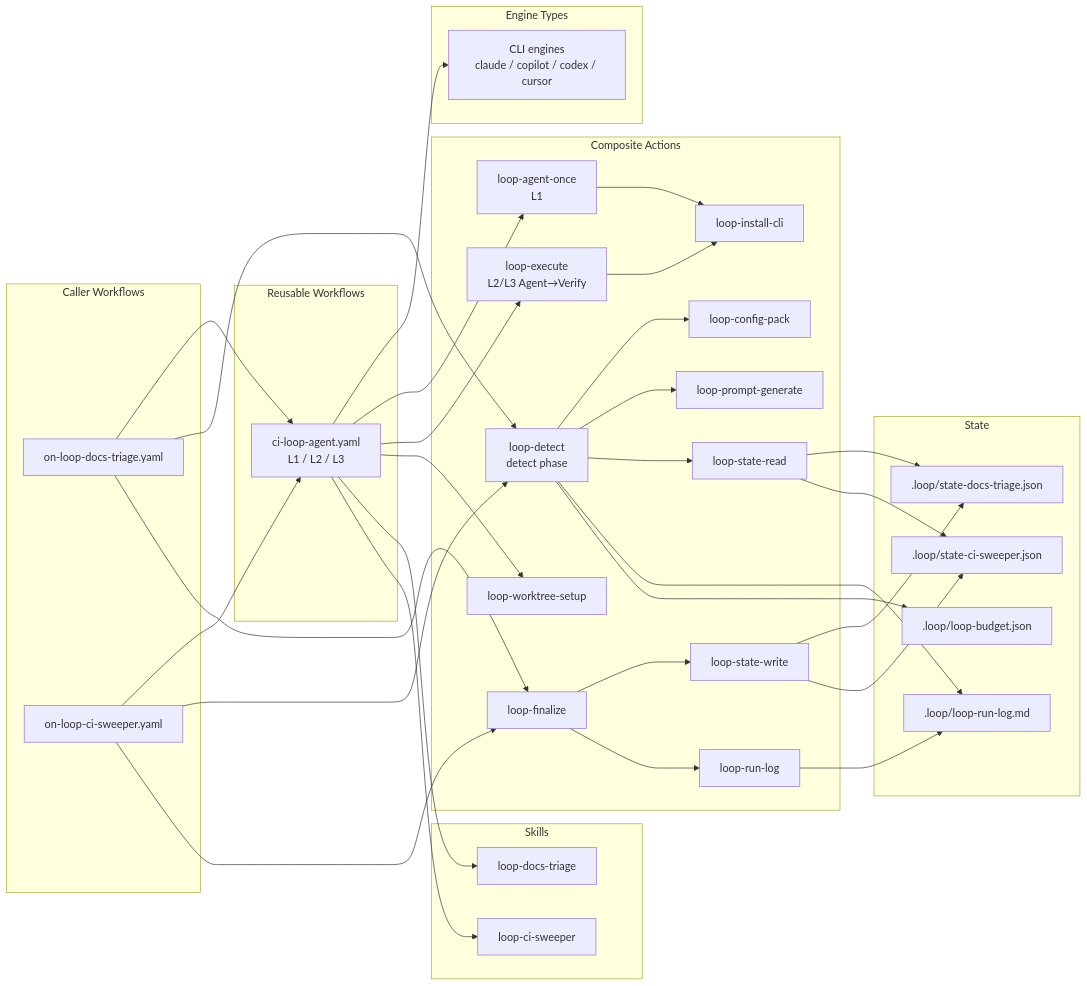
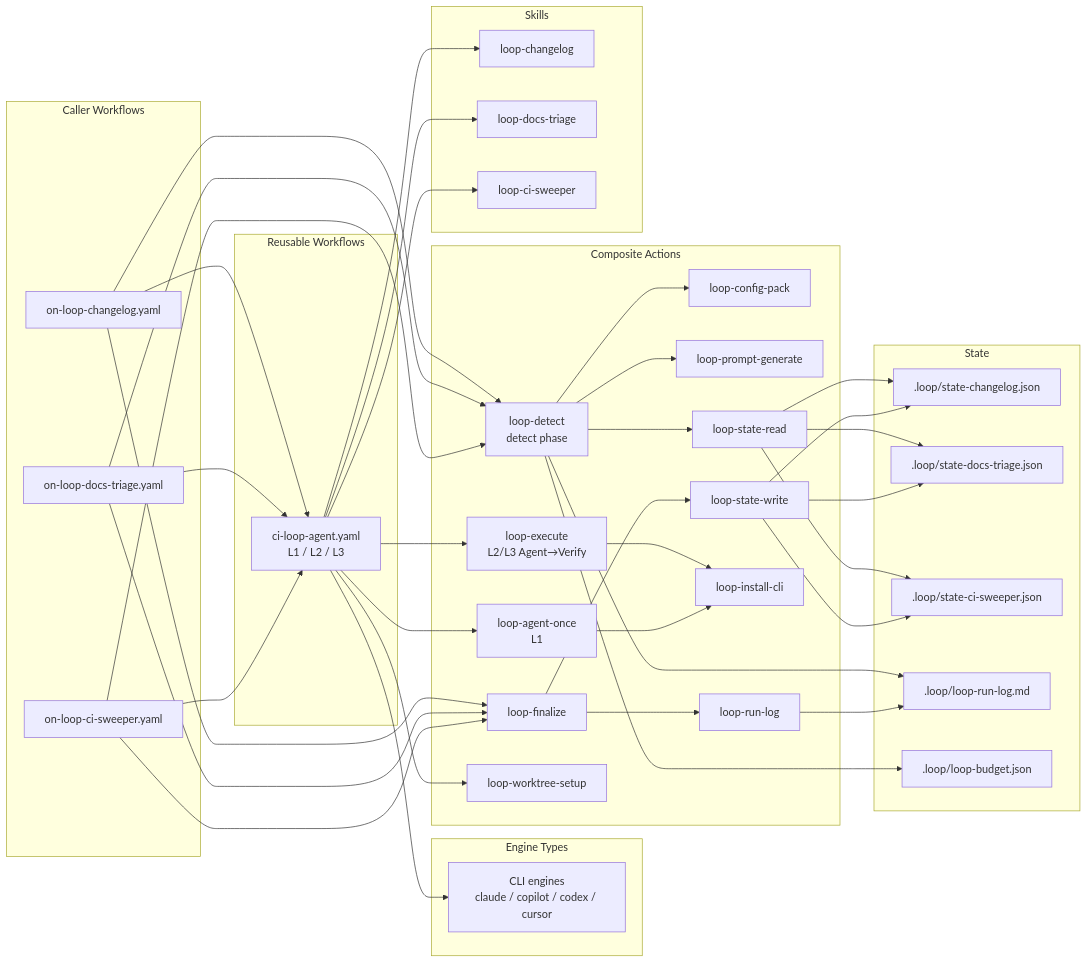
One commit to y-miyazaki/config changed the second of 3 diagrams in docs/explanation/loop-engineering-design.md. Above: the diagram before and after it, drawn with Mermaid. The commit also changed other lines of this file and 166 other files, not shown here.

````diff
--- a/docs/explanation/loop-engineering-design.md
+++ b/docs/explanation/loop-engineering-design.md
@@ -169,8 +182,9 @@
 graph LR
     %% Caller Workflows
     subgraph callers["Caller Workflows"]
-        CW1[on-loop-docs-triage.yaml]
-        CW2[on-loop-ci-sweeper.yaml]
+        CW1[on-loop-changelog.yaml]
+        CW2[on-loop-docs-triage.yaml]
+        CW3[on-loop-ci-sweeper.yaml]
     end
 
     %% Reusable Workflows
@@ -200,30 +214,35 @@
 
     %% Skills
     subgraph skills["Skills"]
-        SK1[loop-docs-triage]
-        SK2[loop-ci-sweeper]
+        SK1[loop-changelog]
+        SK2[loop-docs-triage]
+        SK3[loop-ci-sweeper]
     end
 
     %% State
     subgraph state["State"]
-        ST1[.loop/state-docs-triage.json]
-        ST2[.loop/state-ci-sweeper.json]
-        ST3[.loop/loop-run-log.md]
-        ST4[.loop/loop-budget.json]
+        ST1[.loop/state-changelog.json]
+        ST2[.loop/state-docs-triage.json]
+        ST3[.loop/state-ci-sweeper.json]
+        ST4[.loop/loop-run-log.md]
+        ST5[.loop/loop-budget.json]
     end
 
     %% Relationships
     CW1 --> RW1
     CW2 --> RW1
+    CW3 --> RW1
     CW1 --> CA0
     CW2 --> CA0
+    CW3 --> CA0
     CW1 --> CA3
     CW2 --> CA3
+    CW3 --> CA3
     CA0 --> CA4
     CA0 --> CA5
     CA0 --> CA6
-    CA0 --> ST3
     CA0 --> ST4
+    CA0 --> ST5
     RW1 --> E1
     RW1 --> CA1
     RW1 --> CA2
@@ -232,11 +251,14 @@
     CA1 --> CA9
     RW1 --> SK1
     RW1 --> SK2
+    RW1 --> SK3
     CA3 --> CA7
     CA3 --> CA10
     CA6 --> ST1
     CA6 --> ST2
+    CA6 --> ST3
     CA7 --> ST1
     CA7 --> ST2
-    CA10 --> ST3
+    CA7 --> ST3
+    CA10 --> ST4
 ```
````
